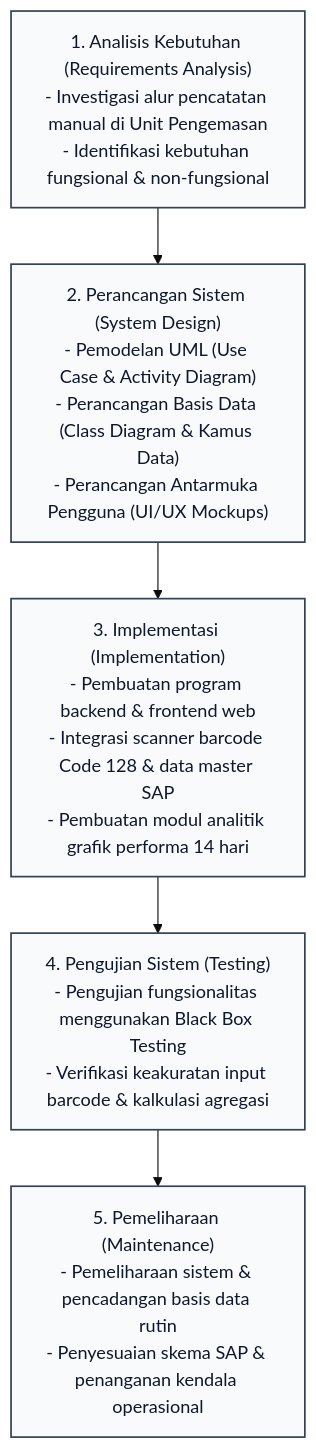
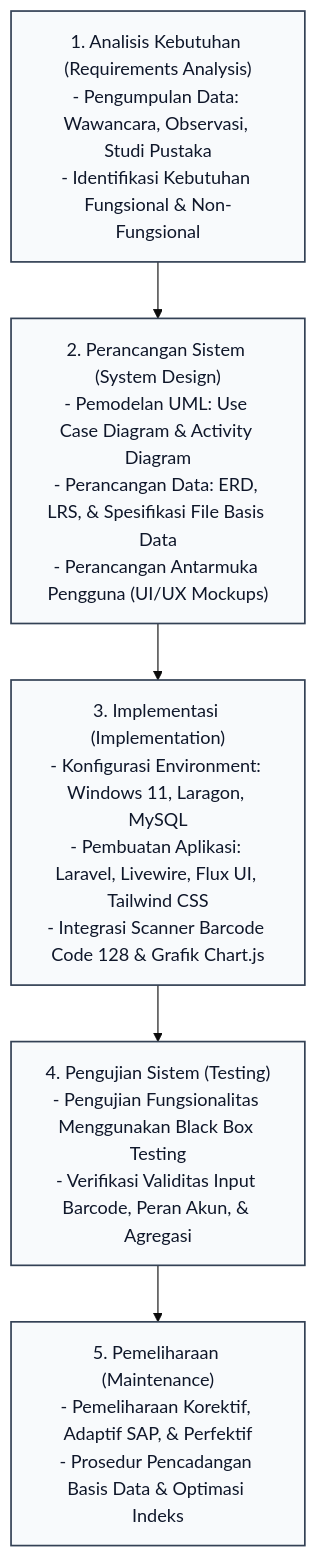
The first of 10 diagrams in docs/BAB_III_Draft.md (ZulfikarHD/scan-produksi), drawn with Mermaid (base theme) before and after one commit. The commit also changed other lines of this file, not shown here.

First line of the commit message:
feat(docs): update activity diagrams for user authentication and data management

````diff
--- a/docs/BAB_III_Draft.md
+++ b/docs/BAB_III_Draft.md
@@ -55,10 +55,10 @@
 ```mermaid
 flowchart TD
-    A["1. Analisis Kebutuhan (Requirements Analysis)<br/>- Investigasi alur pencatatan manual di Unit Pengemasan<br/>- Identifikasi kebutuhan fungsional & non-fungsional"] --> B["2. Perancangan Sistem (System Design)<br/>- Pemodelan UML (Use Case & Activity Diagram)<br/>- Perancangan Basis Data (Class Diagram & Kamus Data)<br/>- Perancangan Antarmuka Pengguna (UI/UX Mockups)"]
-    B --> C["3. Implementasi (Implementation)<br/>- Pembuatan program backend & frontend web<br/>- Integrasi scanner barcode Code 128 & data master SAP<br/>- Pembuatan modul analitik grafik performa 14 hari"]
-    C --> D["4. Pengujian Sistem (Testing)<br/>- Pengujian fungsionalitas menggunakan Black Box Testing<br/>- Verifikasi keakuratan input barcode & kalkulasi agregasi"]
-    D --> E["5. Pemeliharaan (Maintenance)<br/>- Pemeliharaan sistem & pencadangan basis data rutin<br/>- Penyesuaian skema SAP & penanganan kendala operasional"]
+    A["1. Analisis Kebutuhan (Requirements Analysis)<br/>- Pengumpulan Data: Wawancara, Observasi, Studi Pustaka<br/>- Identifikasi Kebutuhan Fungsional & Non-Fungsional"] --> B["2. Perancangan Sistem (System Design)<br/>- Pemodelan UML: Use Case Diagram & Activity Diagram<br/>- Perancangan Data: ERD, LRS, & Spesifikasi File Basis Data<br/>- Perancangan Antarmuka Pengguna (UI/UX Mockups)"]
+    B --> C["3. Implementasi (Implementation)<br/>- Konfigurasi Environment: Windows 11, Laragon, MySQL<br/>- Pembuatan Aplikasi: Laravel, Livewire, Flux UI, Tailwind CSS<br/>- Integrasi Scanner Barcode Code 128 & Grafik Chart.js"]
+    C --> D["4. Pengujian Sistem (Testing)<br/>- Pengujian Fungsionalitas Menggunakan Black Box Testing<br/>- Verifikasi Validitas Input Barcode, Peran Akun, & Agregasi"]
+    D --> E["5. Pemeliharaan (Maintenance)<br/>- Pemeliharaan Korektif, Adaptif SAP, & Perfektif<br/>- Prosedur Pencadangan Basis Data & Optimasi Indeks"]
 
     classDef stage fill:#f8fafc,stroke:#334155,stroke-width:1.5px,color:#0f172a;
     class A,B,C,D,E stage;
 ```
````
